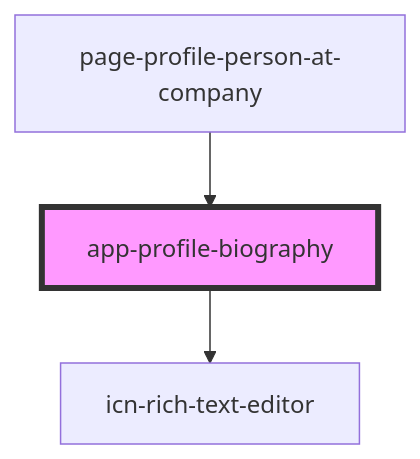
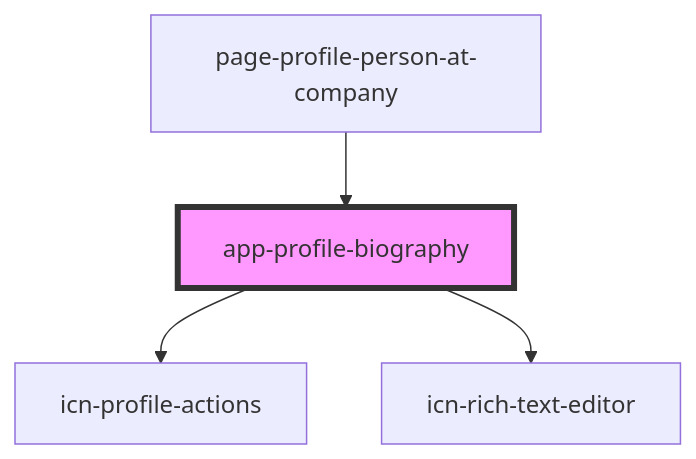
Before and after one commit to lokheed/IconEventNetwork.Web: the diagram in iconeventnetwork-web/src/components/app-profile-biography/readme.md, drawn with Mermaid. The commit also changed other lines of this file and 37 other files, not shown here.

Commit message:
refactor profile edit/delete actions

````diff
--- a/iconeventnetwork-web/src/components/app-profile-biography/readme.md
+++ b/iconeventnetwork-web/src/components/app-profile-biography/readme.md
@@ -27,6 +28,7 @@
 ```mermaid
 graph TD;
+  app-profile-biography --> icn-profile-actions
   app-profile-biography --> icn-rich-text-editor
   page-profile-person-at-company --> app-profile-biography
   style app-profile-biography fill:#f9f,stroke:#333,stroke-width:4px
 ```
````
